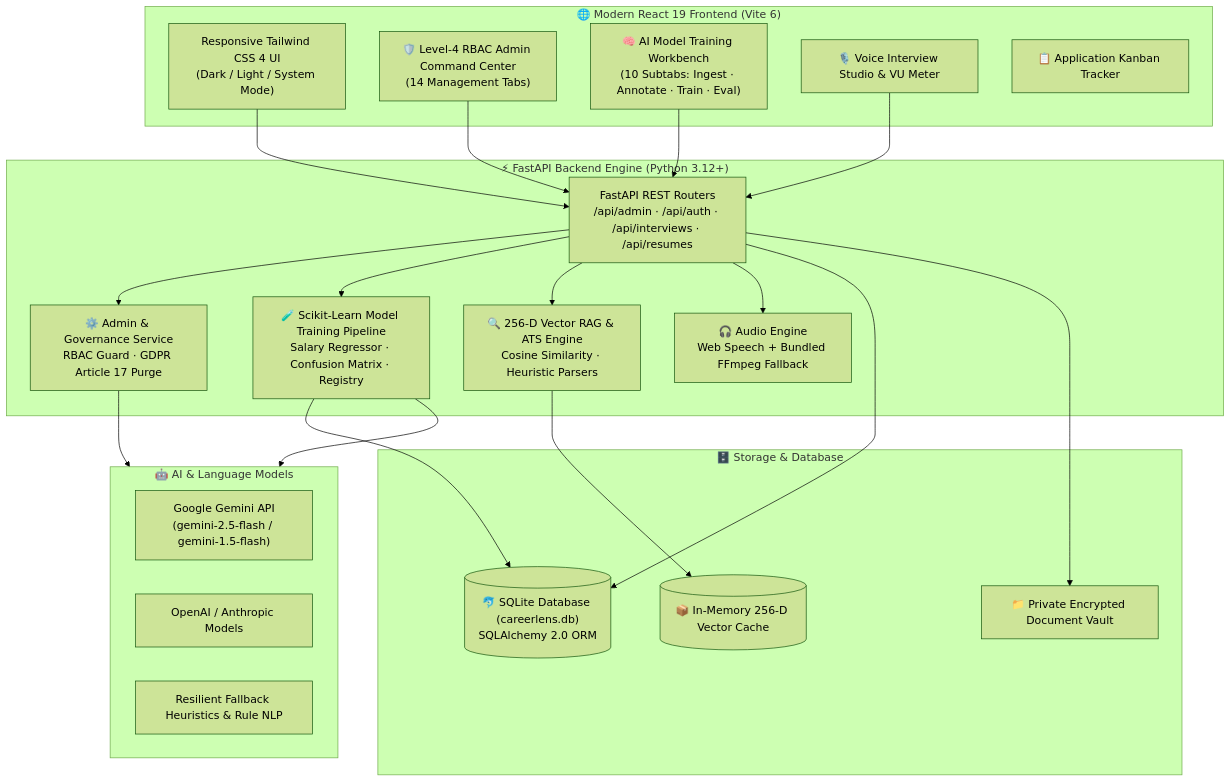
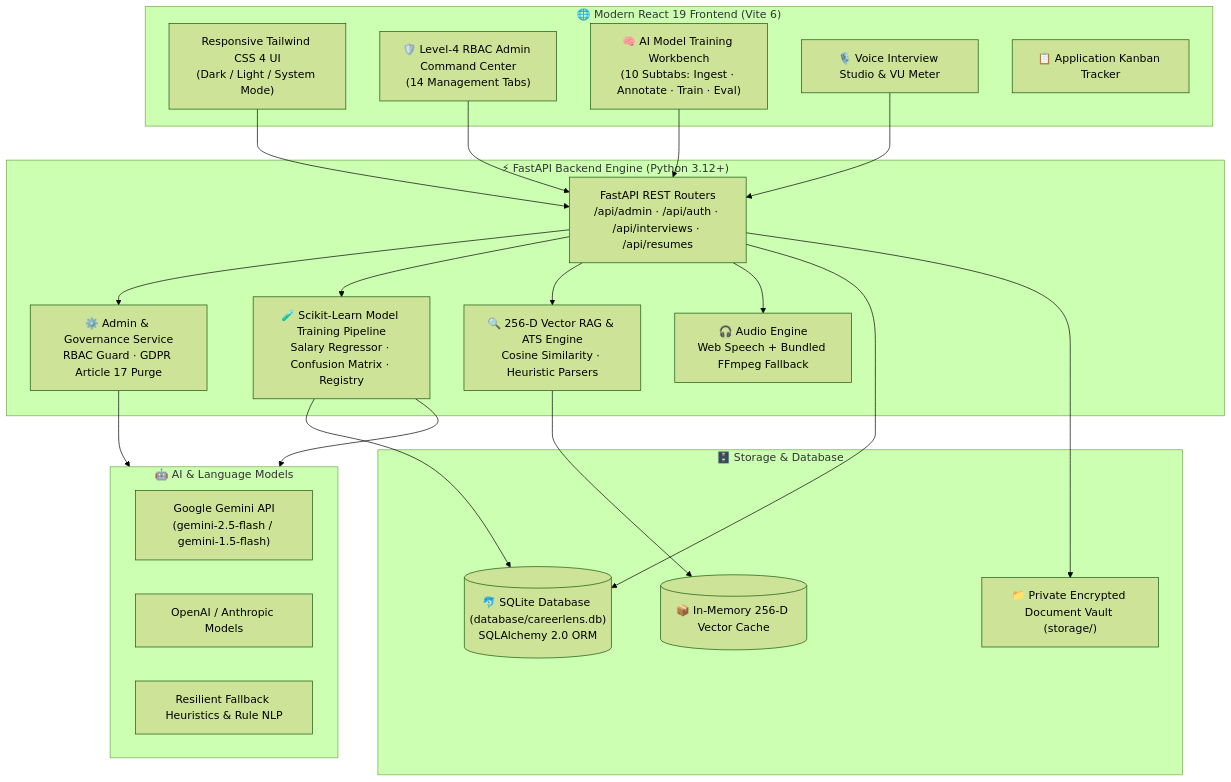
One commit to Isuru-CodeX/CareerLens changed the diagram in README.md. Above: the diagram before and after it, drawn with Mermaid (forest theme). The commit also changed other lines of this file and 28 other files, not shown here.

````diff
--- a/README.md
+++ b/README.md
@@ -353,45 +357,45 @@
 ```mermaid
 flowchart TD
     subgraph Client["🌐 Modern React 19 Frontend (Vite 6)"]
         UI["Responsive Tailwind CSS 4 UI<br/>(Dark / Light / System Mode)"]
         AdminView["🛡️ Level-4 RBAC Admin Command Center<br/>(14 Management Tabs)"]
         AITrainingUI["🧠 AI Model Training Workbench<br/>(10 Subtabs: Ingest · Annotate · Train · Eval)"]
         VoiceStudio["🎙️ Voice Interview Studio & VU Meter"]
         Kanban["📋 Application Kanban Tracker"]
     end
 
     subgraph Backend["⚡ FastAPI Backend Engine (Python 3.12+)"]
         API["FastAPI REST Routers<br/>/api/admin · /api/auth · /api/interviews · /api/resumes"]
         AdminService["⚙️ Admin & Governance Service<br/>RBAC Guard · GDPR Article 17 Purge"]
         MLTrainer["🧪 Scikit-Learn Model Training Pipeline<br/>Salary Regressor · Confusion Matrix · Registry"]
         VectorEngine["🔍 256-D Vector RAG & ATS Engine<br/>Cosine Similarity · Heuristic Parsers"]
         Transcribe["🎧 Audio Engine<br/>Web Speech + Bundled FFmpeg Fallback"]
     end
 
     subgraph AI_Inference["🤖 AI & Language Models"]
         Gemini["Google Gemini API<br/>(gemini-2.5-flash / gemini-1.5-flash)"]
         OpenAI["OpenAI / Anthropic Models"]
         Heuristics["Resilient Fallback Heuristics & Rule NLP"]
     end
 
     subgraph Persistence["🗄️ Storage & Database"]
-        DB[("🐬 SQLite Database (careerlens.db)<br/>SQLAlchemy 2.0 ORM")]
+        DB[("🐬 SQLite Database (database/careerlens.db)<br/>SQLAlchemy 2.0 ORM")]
         VectorCache[("📦 In-Memory 256-D Vector Cache")]
-        DiskVault["📁 Private Encrypted Document Vault"]
+        DiskVault["📁 Private Encrypted Document Vault (storage/)"]
     end
 
     UI --> API
     AdminView --> API
     AITrainingUI --> API
     VoiceStudio --> API
     API --> AdminService
     API --> MLTrainer
     API --> VectorEngine
     API --> Transcribe
     MLTrainer --> DB
     VectorEngine --> VectorCache
     API --> DB
     API --> DiskVault
     AdminService --> AI_Inference
     MLTrainer --> AI_Inference
 ```
````
